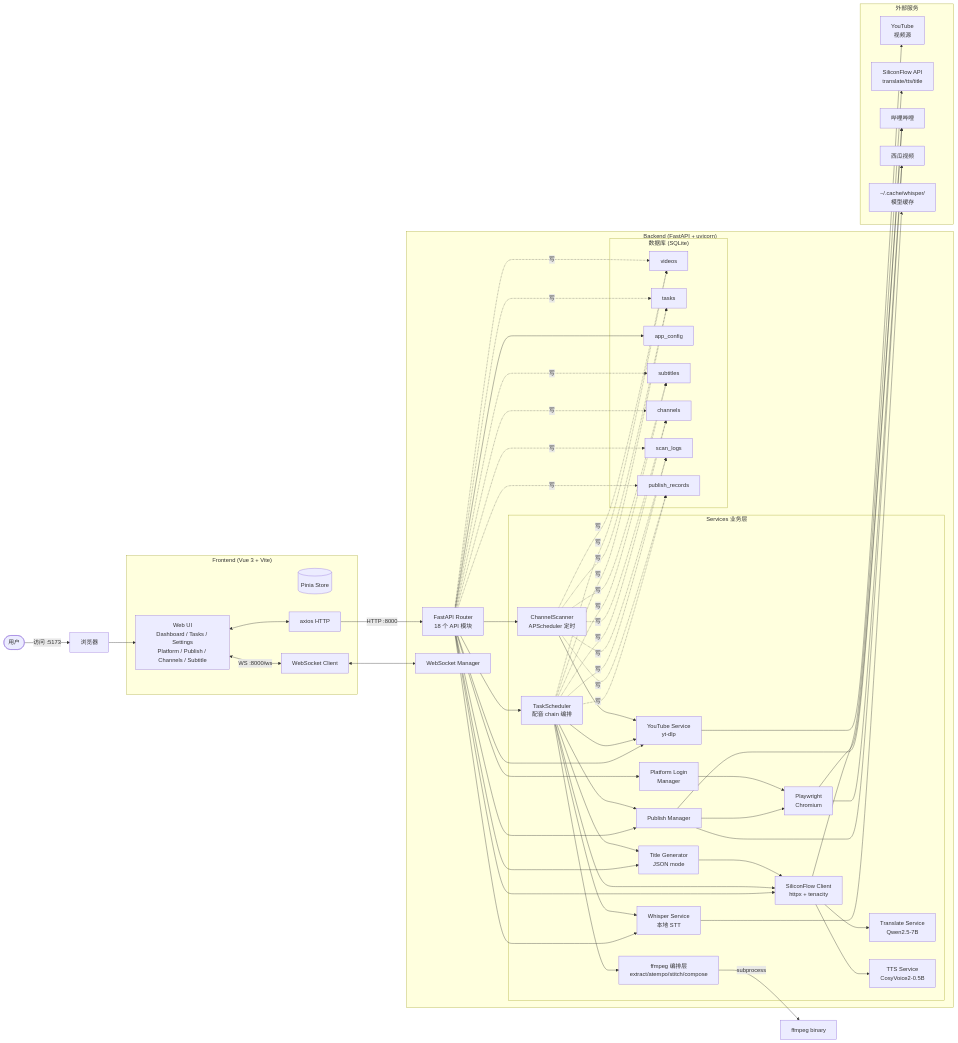
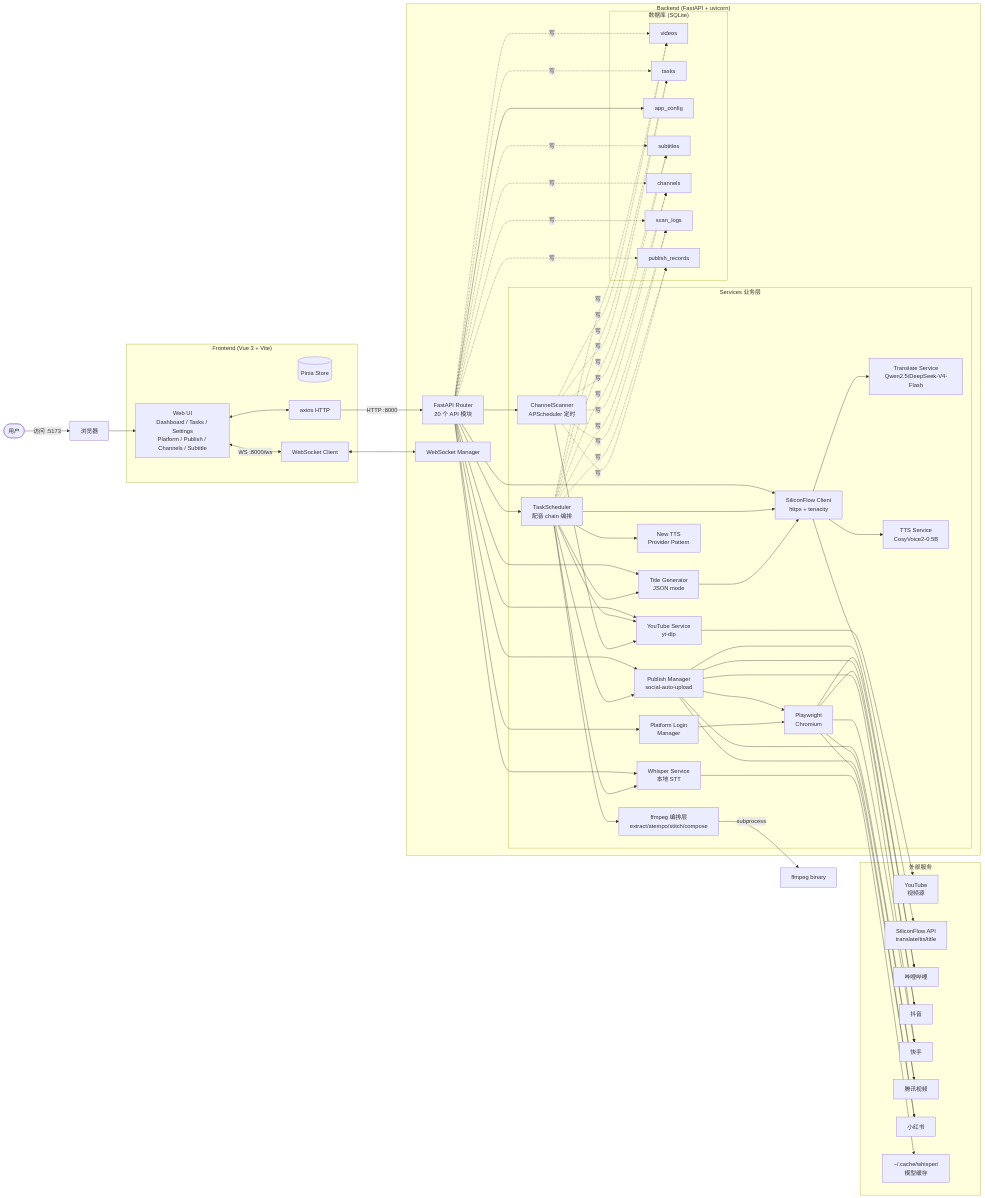
The first of 4 diagrams in docs/ARCHITECTURE.md (yaoyue123/VidDub), drawn with Mermaid before and after one commit. The commit also changed other lines of this file and 6 other files, not shown here.

````diff
--- a/docs/ARCHITECTURE.md
+++ b/docs/ARCHITECTURE.md
@@ -9,74 +9,79 @@
 ```mermaid
 flowchart LR
     User([用户])
     Browser[浏览器]
 
     subgraph Frontend["Frontend (Vue 3 + Vite)"]
         UI[Web UI<br/>Dashboard / Tasks / Settings<br/>Platform / Publish / Channels / Subtitle]
         Pinia[(Pinia Store)]
         WSClient[WebSocket Client]
         Axios[axios HTTP]
     end
 
     subgraph Backend["Backend (FastAPI + uvicorn)"]
-        Router[FastAPI Router<br/>18 个 API 模块]
+        Router[FastAPI Router<br/>20 个 API 模块]
         WS[WebSocket Manager]
 
         subgraph Services["Services 业务层"]
             Sched[TaskScheduler<br/>配音 chain 编排]
             Scanner[ChannelScanner<br/>APScheduler 定时]
             YT[YouTube Service<br/>yt-dlp]
             Whisper[Whisper Service<br/>本地 STT]
             SF[SiliconFlow Client<br/>httpx + tenacity]
-            SFTranslate[Translate Service<br/>Qwen2.5-7B]
+            SFTranslate[Translate Service<br/>Qwen2.5/DeepSeek-V4-Flash]
             SFTTS[TTS Service<br/>CosyVoice2-0.5B]
+            TTSNew[New TTS<br/>Provider Pattern]
             FF[ffmpeg 编排层<br/>extract/atempo/stitch/compose]
             AI[Title Generator<br/>JSON mode]
             PlatMgr[Platform Login<br/>Manager]
-            PubMgr[Publish Manager]
+            PubMgr[Publish Manager<br/>social-auto-upload]
             Browser2[Playwright<br/>Chromium]
         end
 
         subgraph DB["数据库 (SQLite)"]
             Videos[videos]
             Tasks[tasks]
             Configs[app_config]
             Subtitles[subtitles]
             Channels[channels]
             ScanLogs[scan_logs]
             PubRecords[publish_records]
         end
     end
 
     subgraph External["外部服务"]
         YT2[YouTube<br/>视频源]
         SFApi[SiliconFlow API<br/>translate/tts/title]
         Bili[哔哩哔哩]
-        Xigua[西瓜视频]
+        Douyin[抖音]
+        KS[快手]
+        TC[腾讯视频]
+        XHS[小红书]
         WH[~/.cache/whisper/<br/>模型缓存]
     end
 
     User -->|访问 :5173| Browser --> UI
     UI <--> Axios
     Axios -->|HTTP :8000| Router
     UI <-->|WS :8000/ws| WSClient <--> WS
 
     Router --> Sched
     Router --> Scanner
     Router --> YT & Whisper & SF & AI & PlatMgr & PubMgr & Configs
 
     Sched --> YT --> YT2
     Sched --> Whisper --> WH
     Sched --> SF
     SF --> SFTranslate & SFTTS
     SF --> SFApi
+    Sched --> TTSNew
     Sched --> FF
     FF -->|subprocess| FFbin[ffmpeg binary]
     Sched --> AI --> SF
     Sched --> PubMgr --> Browser2
-    PubMgr --> Bili & Xigua
-    PlatMgr --> Browser2 --> Bili & Xigua
+    PubMgr --> Bili & Douyin & KS & TC & XHS
+    PlatMgr --> Browser2 --> Bili & Douyin & KS & TC & XHS
     Scanner --> YT
 
     Sched & Router & Scanner -.写.-> Videos & Tasks & Subtitles & Channels & ScanLogs & PubRecords
 ```
````
